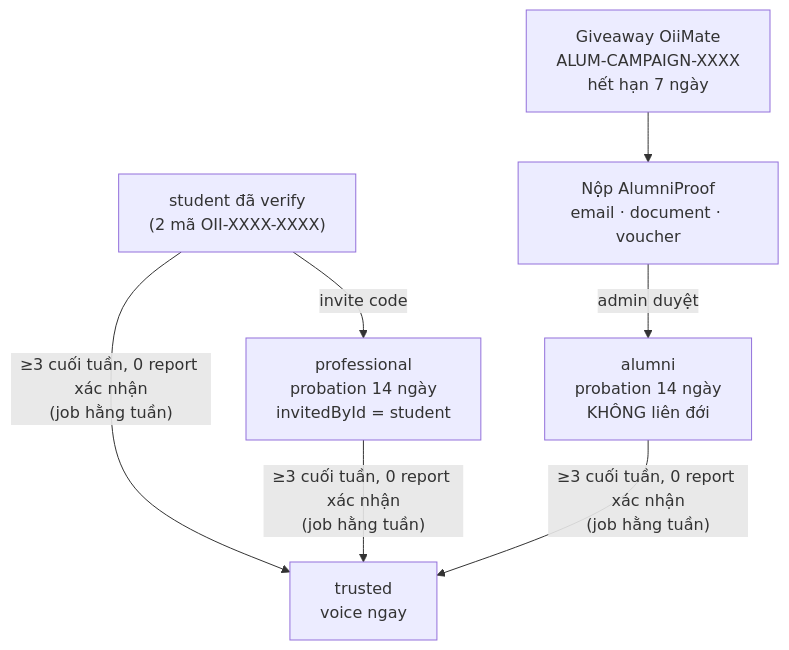
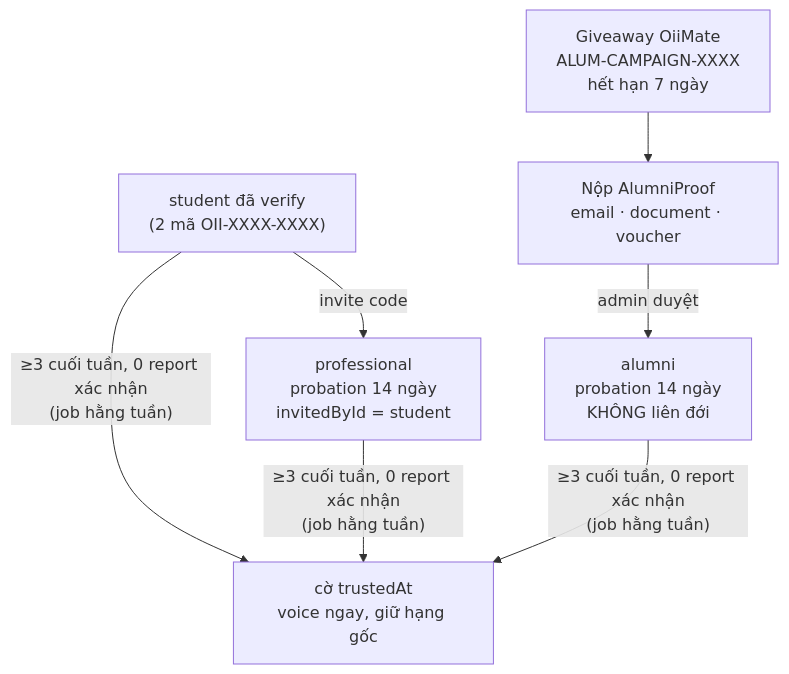
Before and after one commit to tonyfromvietnam/oii-bus: the fourth of 8 diagrams in docs/ARCHITECTURE.md, drawn with Mermaid. The commit also changed other lines of this file and 45 other files, not shown here.

````diff
--- a/docs/ARCHITECTURE.md
+++ b/docs/ARCHITECTURE.md
@@ -122,7 +122,7 @@
 ```mermaid
 flowchart TD
   S["student đã verify<br/>(2 mã OII-XXXX-XXXX)"] -->|invite code| P["professional<br/>probation 14 ngày<br/>invitedById = student"]
   G["Giveaway OiiMate<br/>ALUM-CAMPAIGN-XXXX<br/>hết hạn 7 ngày"] --> AP["Nộp AlumniProof<br/>email · document · voucher"]
   AP -->|admin duyệt| AL["alumni<br/>probation 14 ngày<br/>KHÔNG liên đới"]
-  S & P & AL -->|"≥3 cuối tuần, 0 report xác nhận<br/>(job hằng tuần)"| T["trusted<br/>voice ngay"]
+  S & P & AL -->|"≥3 cuối tuần, 0 report xác nhận<br/>(job hằng tuần)"| T["cờ trustedAt<br/>voice ngay, giữ hạng gốc"]
 ```
````
